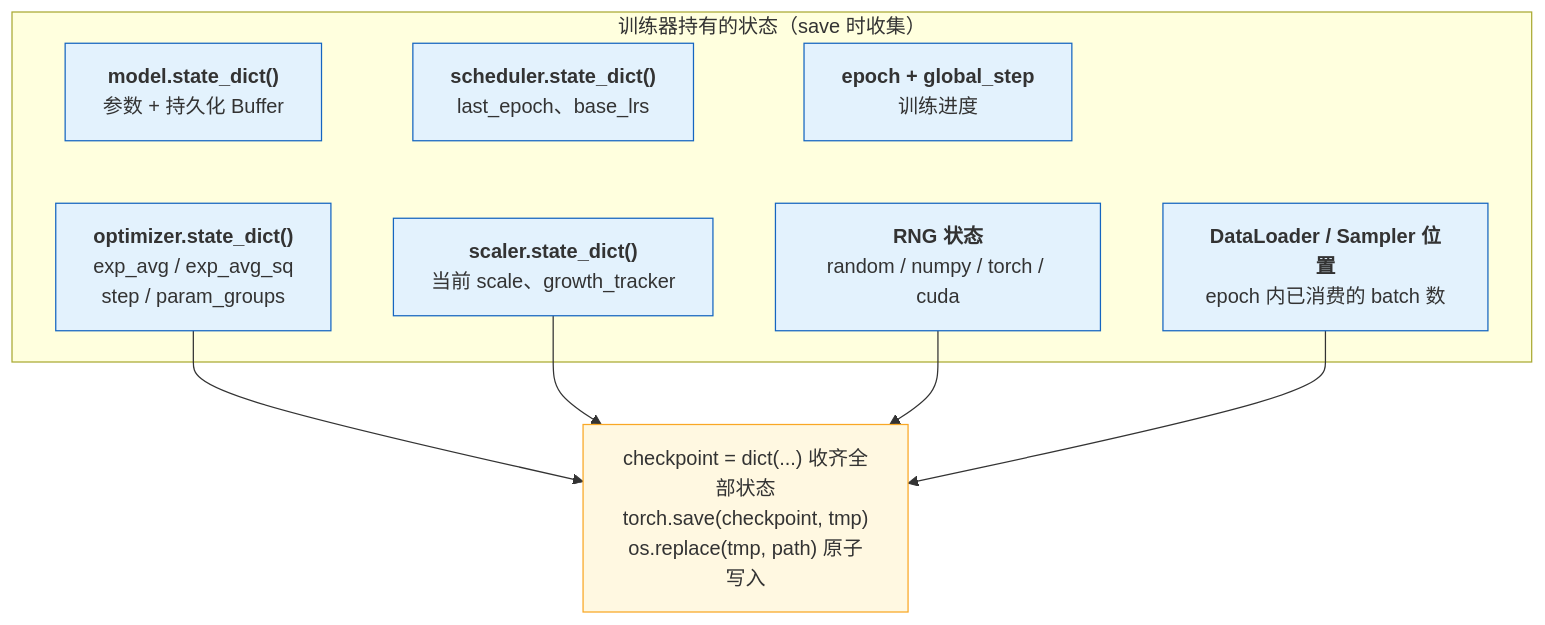
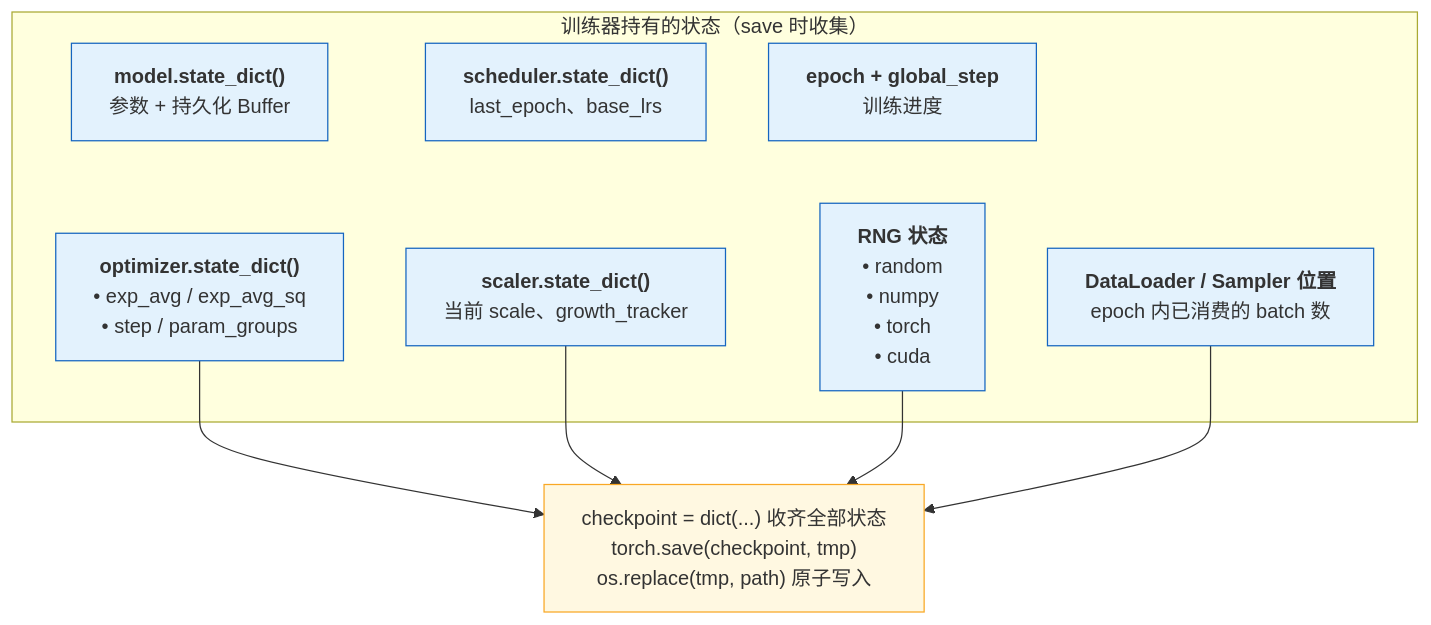
The fifth of 6 diagrams in _posts/2026-02-20-pytorch-module-and-training-system.md (arganzheng/arganzheng.github.com), drawn with Mermaid before and after one commit. The commit also changed other lines of this file and 9 other files, not shown here.

First line of the commit message:
PyTorch 系列其余 9 篇：流程图方框改成「标题 + 列表」

````diff
--- a/_posts/2026-02-20-pytorch-module-and-training-system.md
+++ b/_posts/2026-02-20-pytorch-module-and-training-system.md
@@ -1601,26 +1603,27 @@
 ```mermaid
+%%{init: {"flowchart": {"wrappingWidth": 440}}}%%
 %% 图：save 时收集的全部状态：模型、优化器、scheduler、scaler、进度、RNG 与 Sampler 位置
 flowchart TB
     subgraph trainer["训练器持有的状态（save 时收集）"]
         S1["<b>model.state_dict()</b><br/>参数 + 持久化 Buffer"]
-        S2["<b>optimizer.state_dict()</b><br/>exp_avg / exp_avg_sq<br/>step / param_groups"]
+        S2["<b>optimizer.state_dict()</b><br/>• exp_avg / exp_avg_sq<br/>• step / param_groups"]
         S3["<b>scheduler.state_dict()</b><br/>last_epoch、base_lrs"]
         S4["<b>scaler.state_dict()</b><br/>当前 scale、growth_tracker"]
         S5["<b>epoch + global_step</b><br/>训练进度"]
-        S6["<b>RNG 状态</b><br/>random / numpy / torch / cuda"]
+        S6["<b>RNG 状态</b><br/>• random<br/>• numpy<br/>• torch<br/>• cuda"]
         S7["<b>DataLoader / Sampler 位置</b><br/>epoch 内已消费的 batch 数"]
         S1 ~~~ S2
         S3 ~~~ S4
         S5 ~~~ S6
     end
     CK["checkpoint = dict(...) 收齐全部状态<br/>torch.save(checkpoint, tmp)<br/>os.replace(tmp, path) 原子写入"]
     S2 --> CK
     S4 --> CK
     S6 --> CK
     S7 --> CK
 
     classDef st fill:#e3f2fd,stroke:#1565c0;
     classDef io fill:#fff8e1,stroke:#f9a825;
     class S1,S2,S3,S4,S5,S6,S7 st;
     class CK io;
 ```
````
